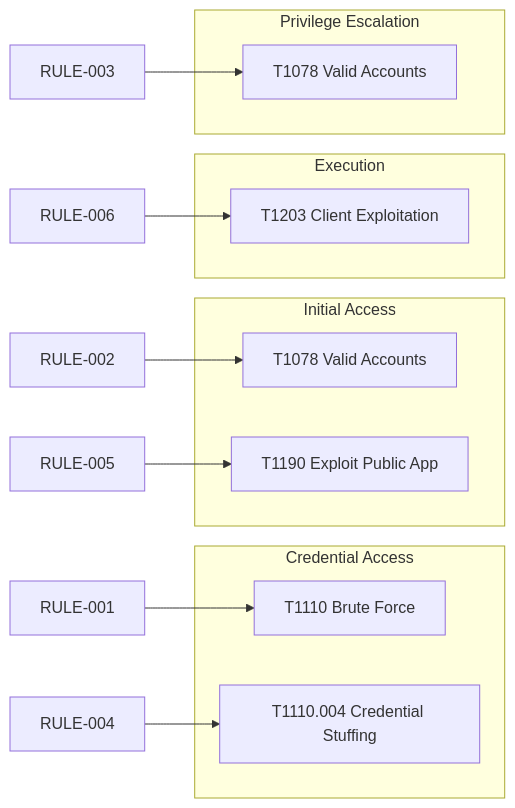
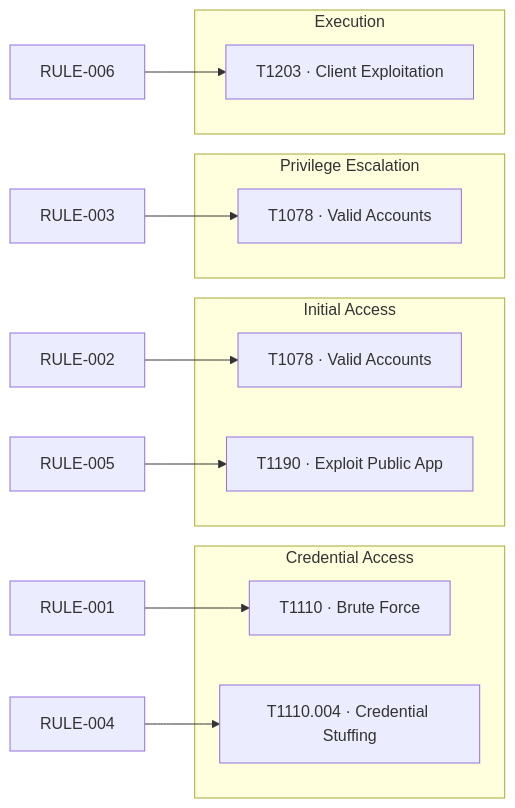
Before and after one commit to Speed-boo3/soc-project: the second of 4 diagrams in README.md, drawn with Mermaid. The commit also changed other lines of this file, not shown here.

Commit message:
Rewrite README: cleaner structure, better diagrams, alert examples

````diff
--- a/README.md
+++ b/README.md
@@ -118,24 +63,24 @@
 ```mermaid
 flowchart LR
-    subgraph Credential Access
-        T1110[T1110 Brute Force]
-        T1110b[T1110.004 Credential Stuffing]
+    subgraph CA[Credential Access]
+        T1110[T1110 · Brute Force]
+        T1110b[T1110.004 · Credential Stuffing]
     end
-    subgraph Initial Access
-        T1078[T1078 Valid Accounts]
-        T1190[T1190 Exploit Public App]
+    subgraph IA[Initial Access]
+        T1078[T1078 · Valid Accounts]
+        T1190[T1190 · Exploit Public App]
     end
-    subgraph Execution
-        T1203[T1203 Client Exploitation]
+    subgraph PE[Privilege Escalation]
+        T1078b[T1078 · Valid Accounts]
     end
-    subgraph Privilege Escalation
-        T1078b[T1078 Valid Accounts]
+    subgraph EX[Execution]
+        T1203[T1203 · Client Exploitation]
     end
 
     RULE001[RULE-001] --> T1110
     RULE004[RULE-004] --> T1110b
     RULE002[RULE-002] --> T1078
+    RULE005[RULE-005] --> T1190
     RULE003[RULE-003] --> T1078b
-    RULE005[RULE-005] --> T1190
     RULE006[RULE-006] --> T1203
 ```
````
